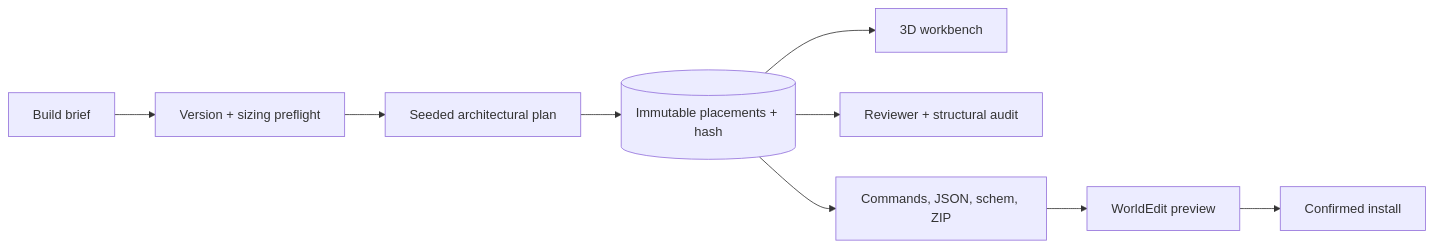
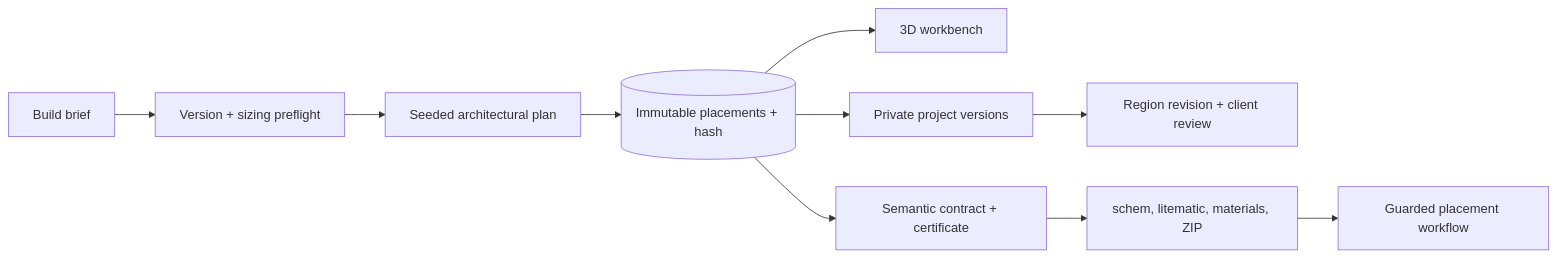
The diagram in README.md (gildaltar/Blockwright), drawn with Mermaid before and after one commit. The commit also changed other lines of this file and 186 other files, not shown here.

````diff
--- a/README.md
+++ b/README.md
@@ -48,11 +54,12 @@
 ```mermaid
 flowchart LR
     A[Build brief] --> B[Version + sizing preflight]
     B --> C[Seeded architectural plan]
     C --> D[(Immutable placements + hash)]
     D --> E[3D workbench]
-    D --> F[Reviewer + structural audit]
-    D --> G[Commands, JSON, schem, ZIP]
-    G --> H[WorldEdit preview]
-    H --> I[Confirmed install]
+    D --> F[Semantic contract + certificate]
+    D --> G[Private project versions]
+    G --> H[Region revision + client review]
+    F --> I[schem, litematic, materials, ZIP]
+    I --> J[Guarded placement workflow]
 ```
````
